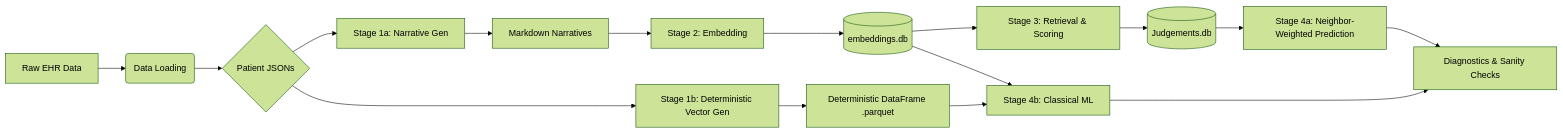
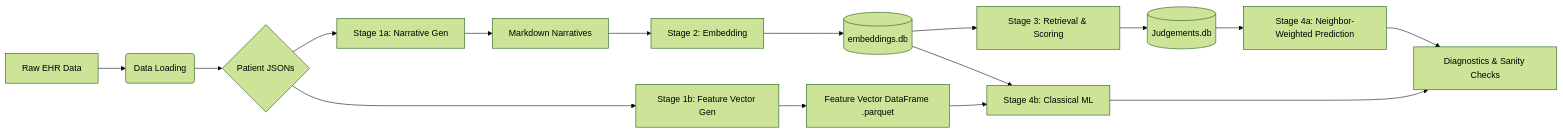
The first of 2 diagrams in research/TRD-EHR/README.md (Pirate-Hunter-Zoro/Atlas), drawn with Mermaid (forest theme) before and after one commit. The commit also changed other lines of this file and 13 other files, not shown here.

````diff
--- a/research/TRD-EHR/README.md
+++ b/research/TRD-EHR/README.md
@@ -15,18 +15,18 @@
 ```mermaid
 graph LR
     A[Raw EHR Data] --> B(Data Loading)
     B --> C{Patient JSONs}
     C --> D[Stage 1a: Narrative Gen]
-    C --> E[Stage 1b: Deterministic Vector Gen]
+    C --> E[Stage 1b: Feature Vector Gen]
     D --> F[Markdown Narratives]
     F --> G[Stage 2: Embedding]
     G --> H[(embeddings.db)]
-    E --> I[Deterministic DataFrame .parquet]
+    E --> I[Feature Vector DataFrame .parquet]
     H --> J[Stage 3: Retrieval & Scoring]
     J --> K[(Judgements.db)]
     K --> L[Stage 4a: Neighbor-Weighted Prediction]
     I --> M[Stage 4b: Classical ML]
     H --> M
     L --> N[Diagnostics & Sanity Checks]
     M --> N
 ```
````
